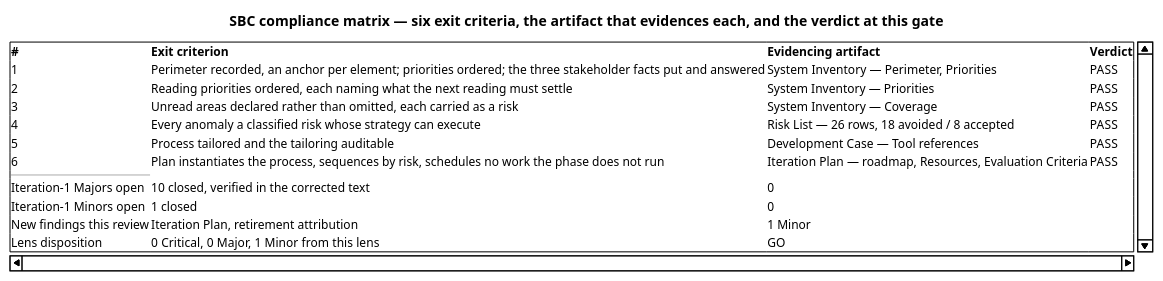
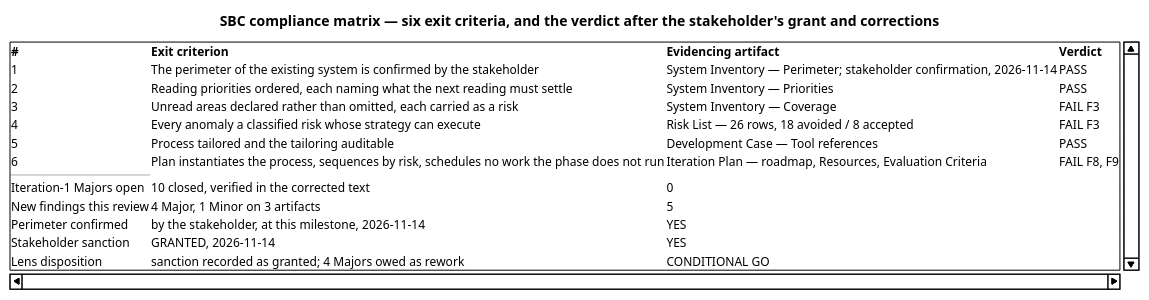
One commit to banense-test/TodoApp changed the second of 12 diagrams in docs/artifacts/project-management/review-record.md. Above: the diagram before and after it, drawn with PlantUML. The commit also changed other lines of this file, not shown here.

First line of the commit message:
Management Reviewer [Survey2]: upsert Review Record

````diff
--- a/docs/artifacts/project-management/review-record.md
+++ b/docs/artifacts/project-management/review-record.md
@@ -145,21 +146,22 @@
 ```plantuml
 @startsalt
-title SBC compliance matrix — six exit criteria, the artifact that evidences each, and the verdict at this gate
+title SBC compliance matrix — six exit criteria, and the verdict after the stakeholder's grant and corrections
 {
 {S
 <b>#</b> | <b>Exit criterion</b> | <b>Evidencing artifact</b> | <b>Verdict</b>
-1 | Perimeter recorded, an anchor per element; priorities ordered; the three stakeholder facts put and answered | System Inventory — Perimeter, Priorities | PASS
+1 | The perimeter of the existing system is confirmed by the stakeholder | System Inventory — Perimeter; stakeholder confirmation, 2026-11-14 | PASS
 2 | Reading priorities ordered, each naming what the next reading must settle | System Inventory — Priorities | PASS
-3 | Unread areas declared rather than omitted, each carried as a risk | System Inventory — Coverage | PASS
-4 | Every anomaly a classified risk whose strategy can execute | Risk List — 26 rows, 18 avoided / 8 accepted | PASS
+3 | Unread areas declared rather than omitted, each carried as a risk | System Inventory — Coverage | FAIL F3
+4 | Every anomaly a classified risk whose strategy can execute | Risk List — 26 rows, 18 avoided / 8 accepted | FAIL F3
 5 | Process tailored and the tailoring auditable | Development Case — Tool references | PASS
-6 | Plan instantiates the process, sequences by risk, schedules no work the phase does not run | Iteration Plan — roadmap, Resources, Evaluation Criteria | PASS
+6 | Plan instantiates the process, sequences by risk, schedules no work the phase does not run | Iteration Plan — roadmap, Resources, Evaluation Criteria | FAIL F8, F9
 --
 Iteration-1 Majors open | 10 closed, verified in the corrected text | 0
-Iteration-1 Minors open | 1 closed | 0
-New findings this review | Iteration Plan, retirement attribution | 1 Minor
-Lens disposition | 0 Critical, 0 Major, 1 Minor from this lens | GO
+New findings this review | 4 Major, 1 Minor on 3 artifacts | 5
+Perimeter confirmed | by the stakeholder, at this milestone, 2026-11-14 | YES
+Stakeholder sanction | GRANTED, 2026-11-14 | YES
+Lens disposition | sanction recorded as granted; 4 Majors owed as rework | CONDITIONAL GO
 }
 }
 @endsalt
 ```
````
